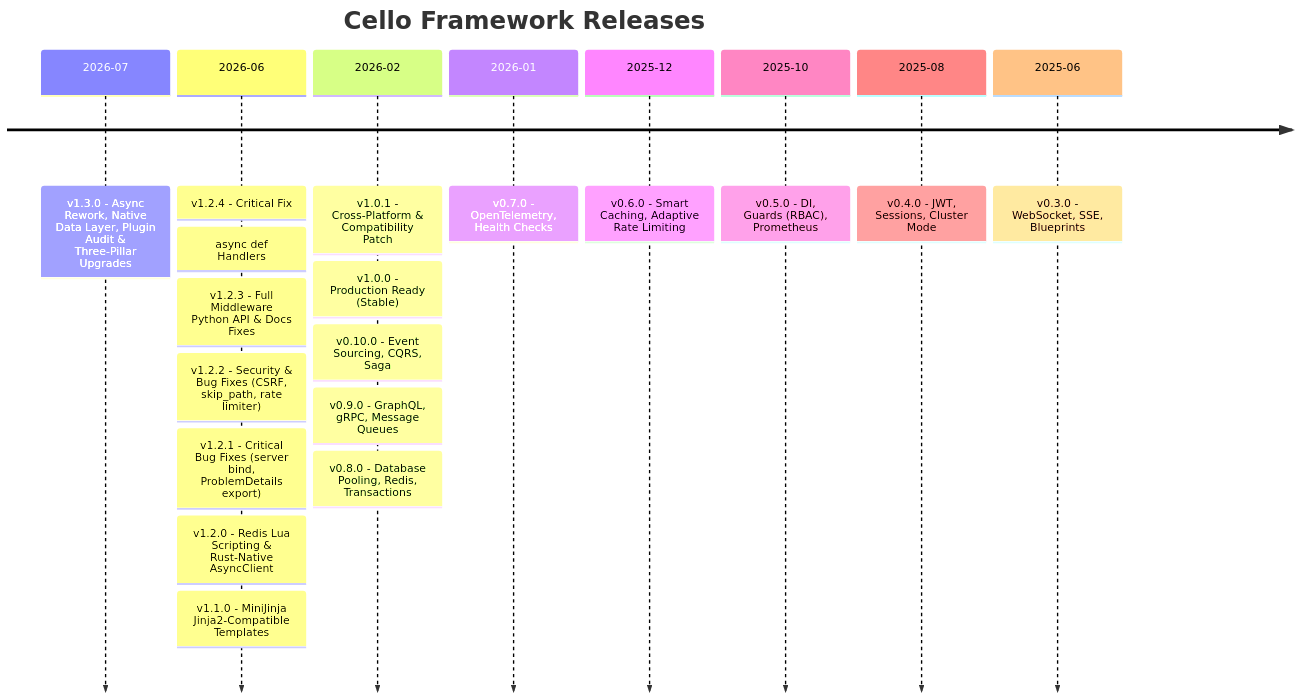
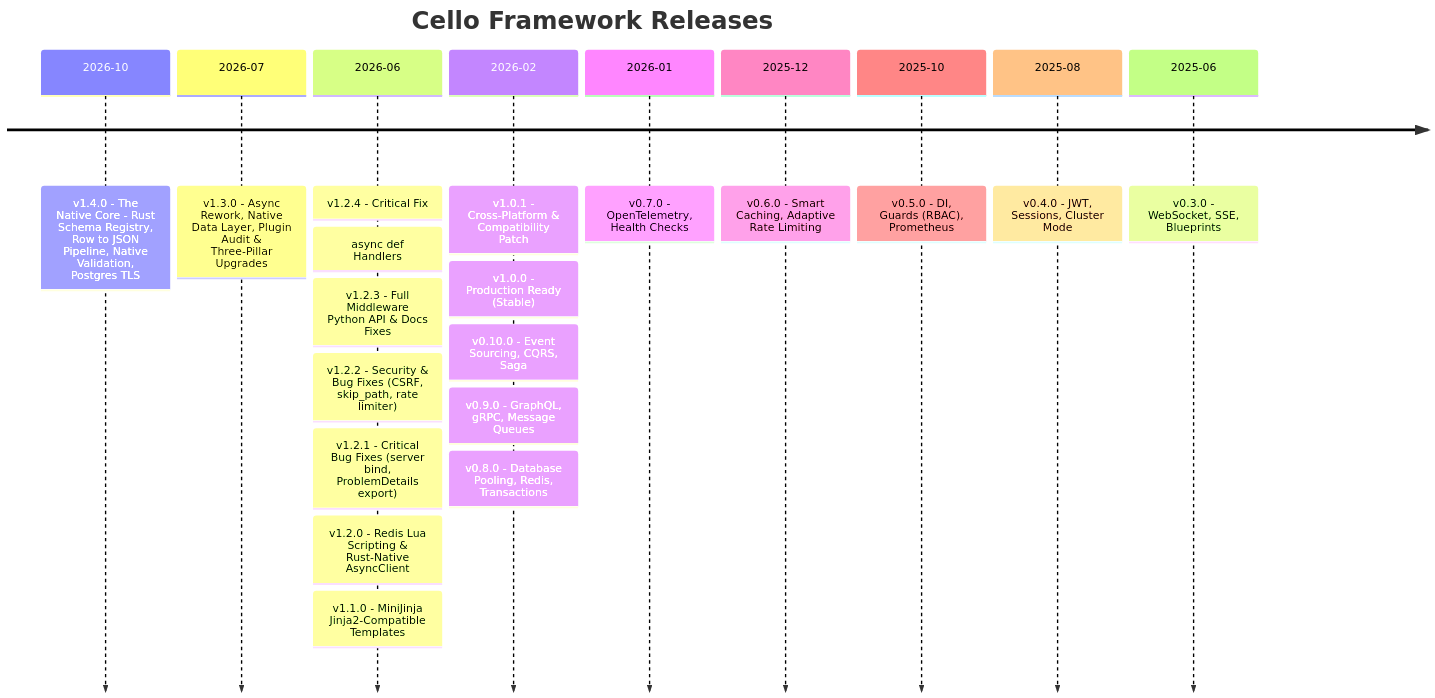
The diagram in docs/releases/index.md (JERRIX/cello), drawn with Mermaid before and after one commit. The commit also changed other lines of this file and 36 other files, not shown here.

````diff
--- a/docs/releases/index.md
+++ b/docs/releases/index.md
@@ -59,21 +59,22 @@
 ```mermaid
 timeline
     title Cello Framework Releases
+    2026-10 : v1.4.0 - The Native Core - Rust Schema Registry, Row to JSON Pipeline, Native Validation, Postgres TLS
     2026-07 : v1.3.0 - Async Rework, Native Data Layer, Plugin Audit & Three-Pillar Upgrades
     2026-06 : v1.2.4 - Critical Fix: async def Handlers
             : v1.2.3 - Full Middleware Python API & Docs Fixes
             : v1.2.2 - Security & Bug Fixes (CSRF, skip_path, rate limiter)
             : v1.2.1 - Critical Bug Fixes (server bind, ProblemDetails export)
             : v1.2.0 - Redis Lua Scripting & Rust-Native AsyncClient
             : v1.1.0 - MiniJinja Jinja2-Compatible Templates
     2026-02 : v1.0.1 - Cross-Platform & Compatibility Patch
             : v1.0.0 - Production Ready (Stable)
             : v0.10.0 - Event Sourcing, CQRS, Saga
             : v0.9.0 - GraphQL, gRPC, Message Queues
             : v0.8.0 - Database Pooling, Redis, Transactions
     2026-01 : v0.7.0 - OpenTelemetry, Health Checks
     2025-12 : v0.6.0 - Smart Caching, Adaptive Rate Limiting
     2025-10 : v0.5.0 - DI, Guards (RBAC), Prometheus
     2025-08 : v0.4.0 - JWT, Sessions, Cluster Mode
     2025-06 : v0.3.0 - WebSocket, SSE, Blueprints
 ```
````
